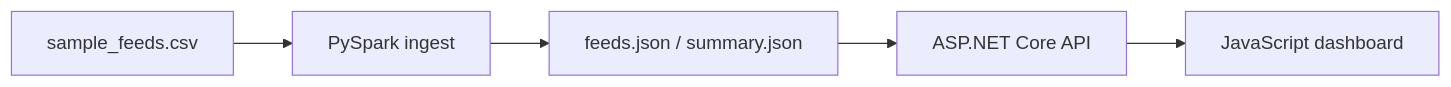
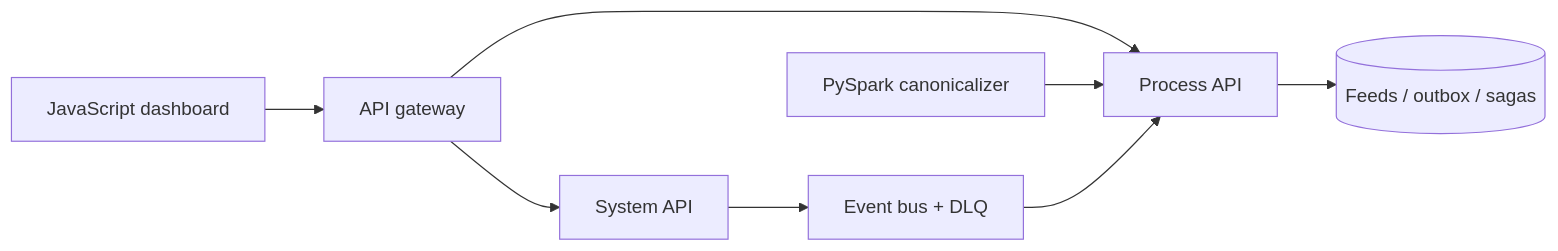
Before and after one commit to Ananyanagaraj11/enterprise-integration-hub: the diagram in README.md, drawn with Mermaid. The commit also changed other lines of this file and 40 other files, not shown here.

````diff
--- a/README.md
+++ b/README.md
@@ -11,7 +9,15 @@
 ```mermaid
 flowchart LR
-  CSV[sample_feeds.csv] --> Spark[PySpark ingest]
-  Spark --> JSON[feeds.json / summary.json]
-  JSON --> API[ASP.NET Core API]
-  API --> JS[JavaScript dashboard]
+  JS[JavaScript dashboard]
+  GW[API gateway]
+  SYS[System API]
+  PROC[Process API]
+  SPARK[PySpark canonicalizer]
+  BUS[Event bus + DLQ]
+  DB[(Feeds / outbox / sagas)]
+
+  JS --> GW --> SYS --> BUS
+  GW --> PROC --> DB
+  SPARK --> PROC
+  BUS --> PROC
 ```
````
